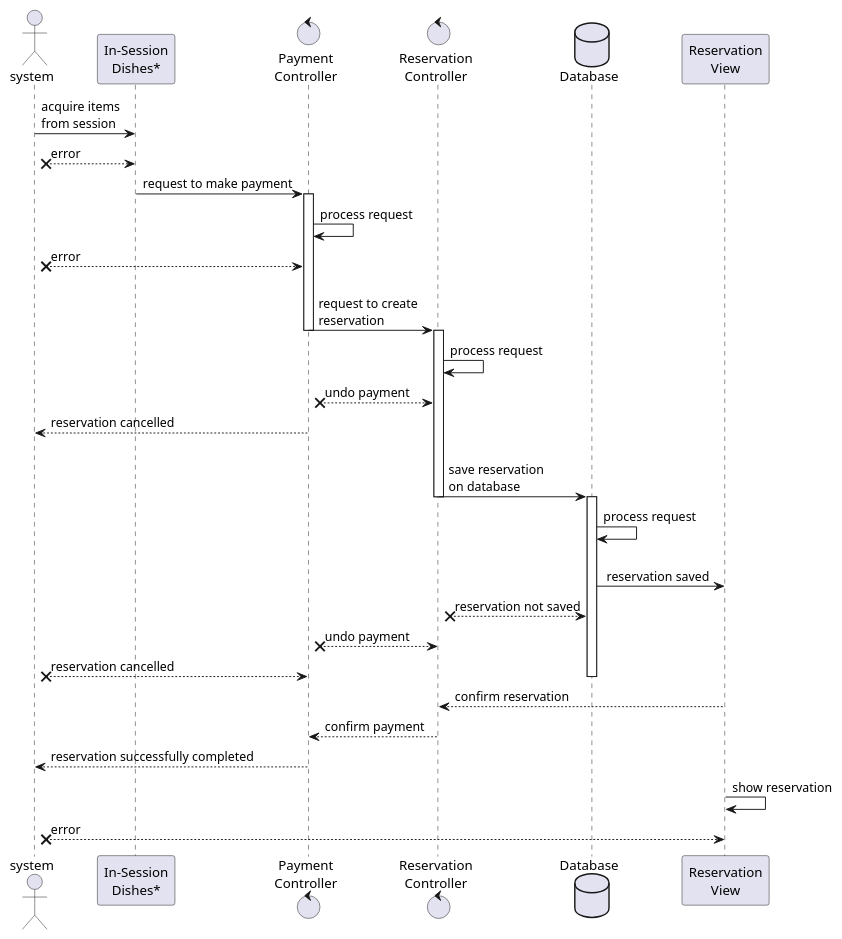
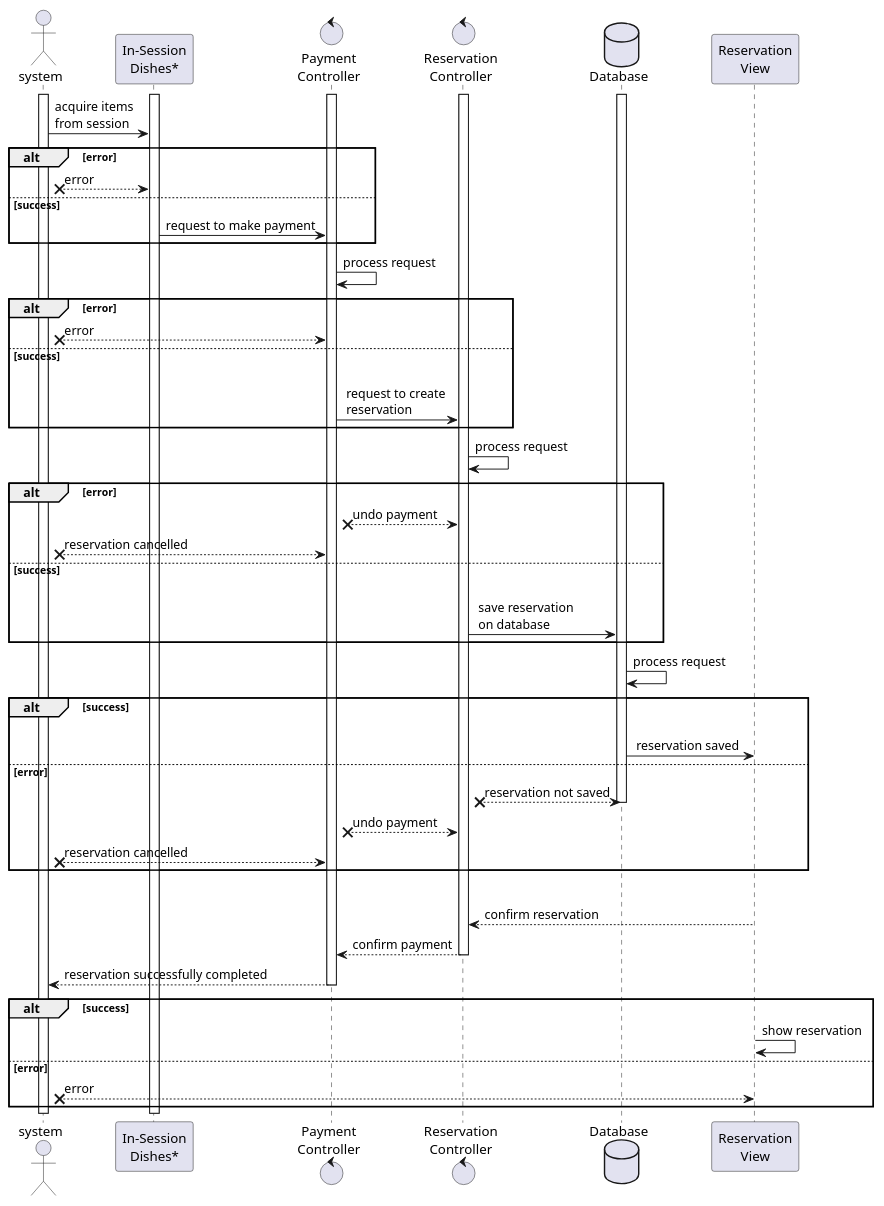
One commit to TommasoScalici/FoodDelivery changed the diagram in src/main/java/unipa/fooddelivery/diagrams/sequence/system/reservationProcessing.wsd. Above: the diagram before and after it, drawn with PlantUML. The commit also changed 13 other files, not shown here.

Commit message:
definitive fix of all sequence diagram present on the relation

```diff
--- a/src/main/java/unipa/fooddelivery/diagrams/sequence/system/reservationProcessing.wsd
+++ b/src/main/java/unipa/fooddelivery/diagrams/sequence/system/reservationProcessing.wsd
@@ -1,44 +1,65 @@
 @startuml reservationProcessing
 
 actor system
 participant "In-Session\nDishes*" as dishes
 control "Payment\nController" as paymentController
 control "Reservation\nController" as reservationController
 Database Database as db
 participant "Reservation\nView" as ReservationView
 
-system -> dishes : acquire items\nfrom session
-system x-- dishes : error
-dishes -> paymentController : request to make payment
+activate system
+activate dishes
+    system -> dishes : acquire items\nfrom session
+    alt error
+    system x-- dishes : error
+    else success
+    dishes -> paymentController : request to make payment
+    end
 
-activate paymentController
-paymentController -> paymentController : process request
-system x-- paymentController : error
-paymentController -> reservationController : \n request to create\n reservation
-deactivate paymentController
+    activate paymentController
+    paymentController -> paymentController : process request
+    alt error
+    system x-- paymentController : error
+    else success
+    paymentController -> reservationController : \n request to create\n reservation
+    end
 
-activate reservationController
-reservationController -> reservationController : process request
-paymentController x-- reservationController : undo payment
-system <-- paymentController : reservation cancelled
-reservationController -> db : \n save reservation\n on database
-deactivate reservationController
+    activate reservationController
+    reservationController -> reservationController : process request
+    alt error
+    paymentController x-- reservationController : undo payment
+    system x-- paymentController : reservation cancelled
+    else success
+    reservationController -> db : \n save reservation\n on database
+    end
 
-activate db
-db -> db : process request
-db -> ReservationView : \n reservation saved
-reservationController x-- db : reservation not saved
-paymentController x-- reservationController : undo payment
-system x-- paymentController : reservation cancelled
-deactivate db
- 
-reservationController <-- ReservationView : confirm reservation
-paymentController <-- reservationController : confirm payment
-system <-- paymentController : reservation successfully completed
+    activate db
+    db -> db : process request
+    alt success
+    db -> ReservationView : \n reservation saved
+    else error
+    reservationController x-- db : reservation not saved
+    deactivate db
+    paymentController x-- reservationController : undo payment
+    system x-- paymentController : reservation cancelled
+    end
+    
+    alt success
+    reservationController <-- ReservationView : confirm reservation
 
-ReservationView -> ReservationView : show reservation
-system x-- ReservationView : error
+    paymentController <-- reservationController : confirm payment
+    deactivate reservationController
+    system <-- paymentController : reservation successfully completed
+    deactivate paymentController
 
+alt success
+    ReservationView -> ReservationView : show reservation
+else error
+    system x-- ReservationView : error
+end
+
+deactivate dishes
+deactivate system
 
 
 @enduml
```
